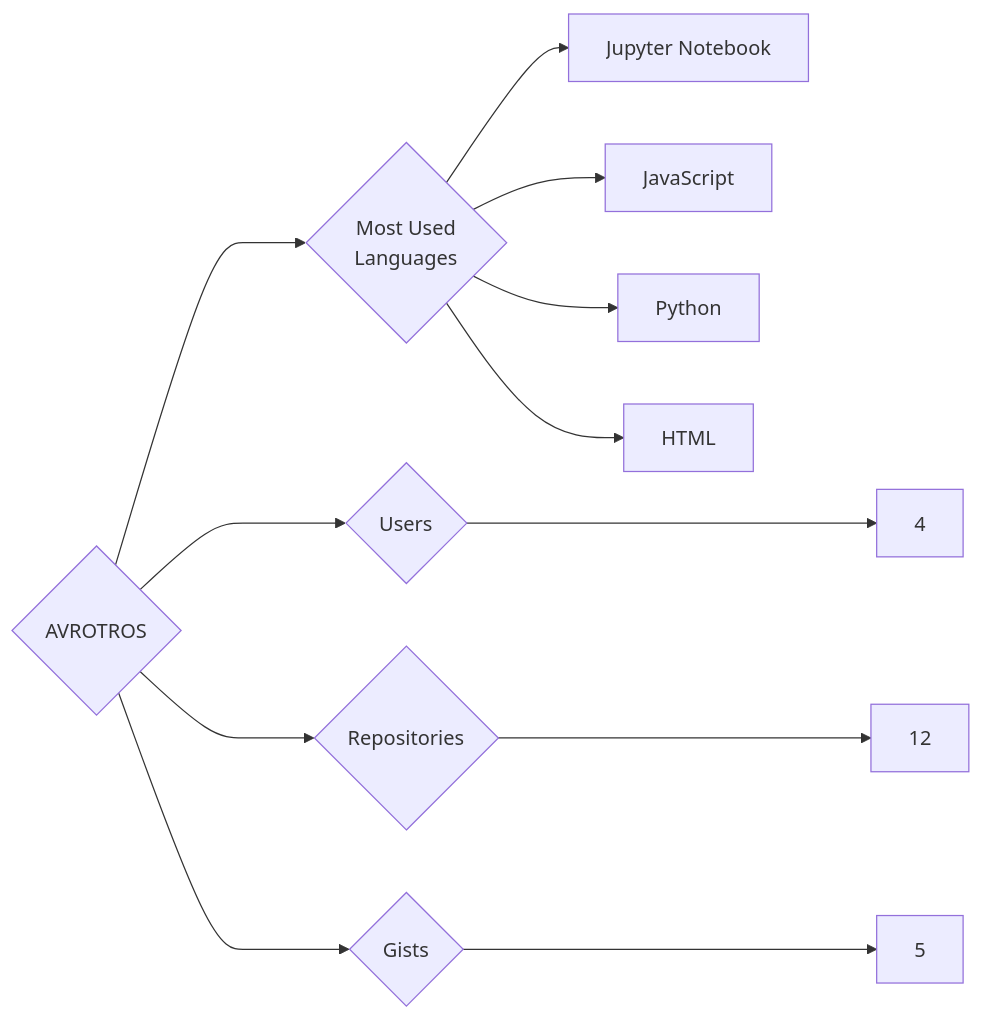
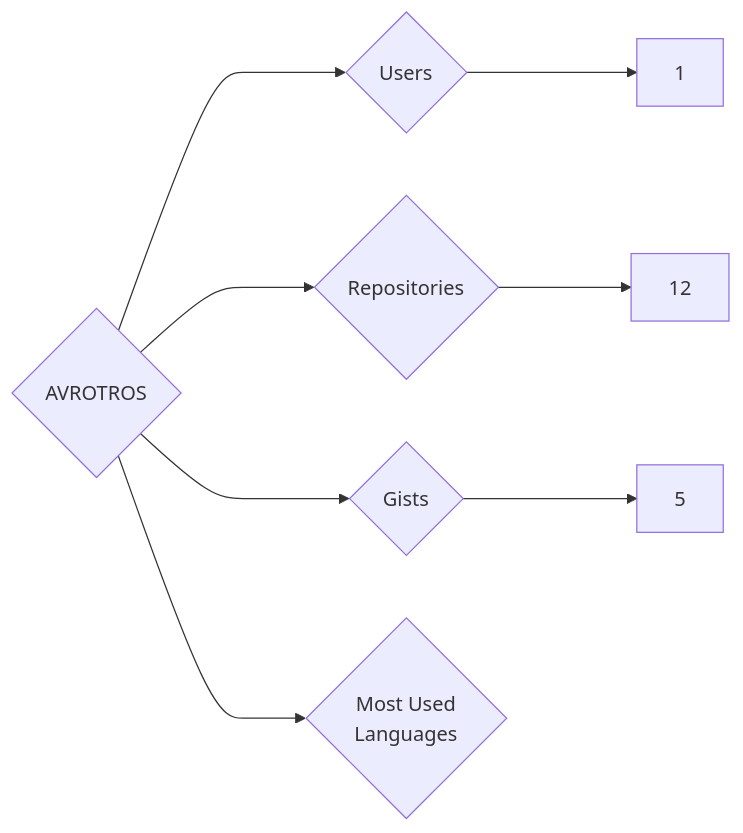
One commit to trickest/insiders changed the diagram in targets/AVROTROS/README.md. Above: the diagram before and after it, drawn with Mermaid. The commit also changed 951 other files, not shown here.

````diff
--- a/targets/AVROTROS/README.md
+++ b/targets/AVROTROS/README.md
@@ -3,12 +3,8 @@
 ```mermaid
 graph LR
 COMPANY_NAME{AVROTROS}
-COMPANY_NAME ---> U{Users} ---> UN[4]
+COMPANY_NAME ---> U{Users} ---> UN[1]
 COMPANY_NAME ---> R{Repositories} ---> RN[12]
 COMPANY_NAME ---> G{Gists} ---> GN[5]
 COMPANY_NAME ---> ML{Most Used<br>Languages}
-ML --> Jupyter_Notebook[Jupyter Notebook]
-ML --> JavaScript[JavaScript]
-ML --> Python[Python]
-ML --> HTML[HTML]
 ```
````
